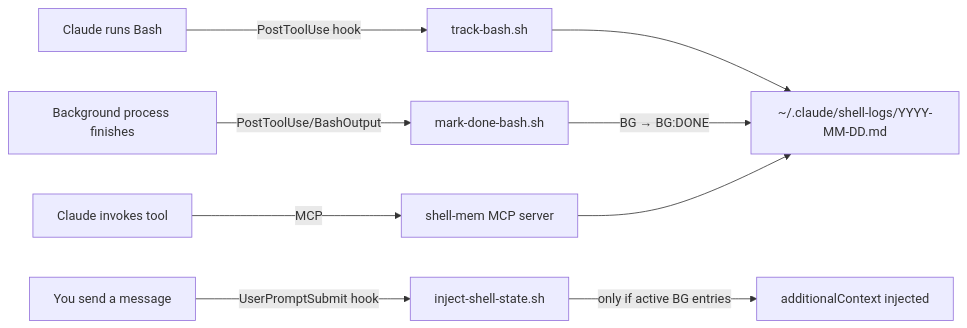
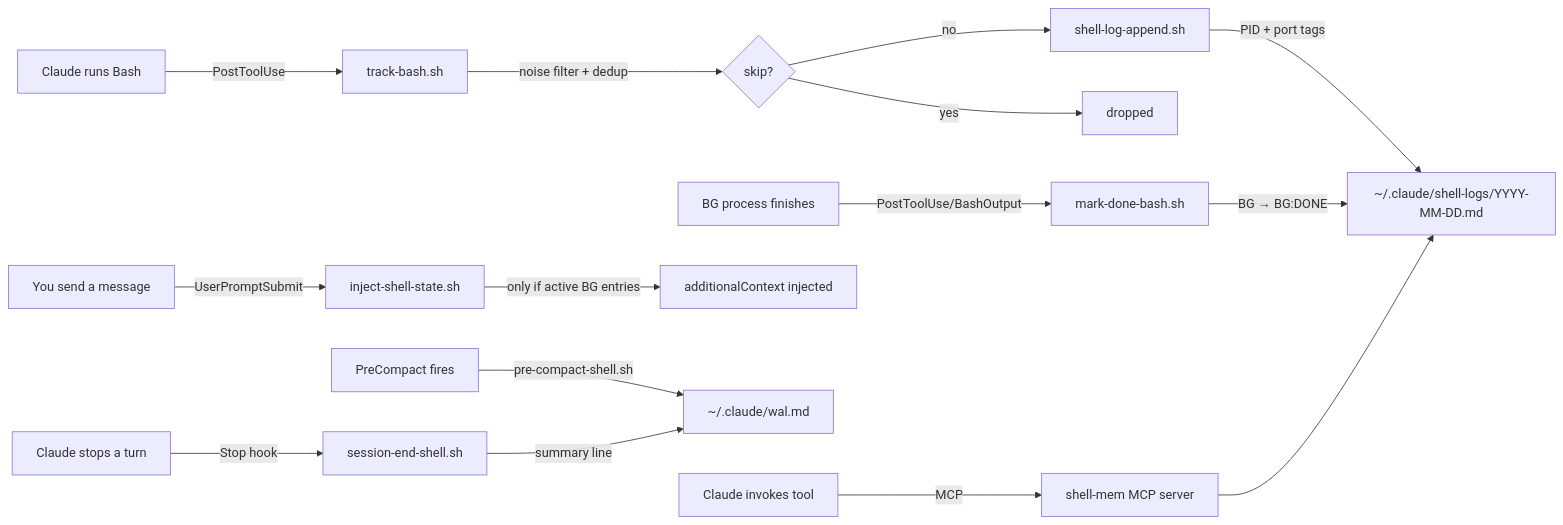
The diagram in README.md (alcatraz627/diy-claude-mem), drawn with Mermaid before and after one commit. The commit also changed other lines of this file and 7 other files, not shown here.

First line of the commit message:
feat: Phase 2 — noise filter, dedup, PID/port capture, WAL integration

````diff
--- a/README.md
+++ b/README.md
@@ -9,11 +114,17 @@
 ```mermaid
 graph LR
-    A[Claude runs Bash] -->|PostToolUse hook| B[track-bash.sh]
-    B --> C[~/.claude/shell-logs/YYYY-MM-DD.md]
-    D[Background process finishes] -->|PostToolUse/BashOutput| E[mark-done-bash.sh]
-    E -->|BG → BG:DONE| C
-    F[You send a message] -->|UserPromptSubmit hook| G[inject-shell-state.sh]
-    G -->|only if active BG entries| H[additionalContext injected]
-    I[Claude invokes tool] -->|MCP| J[shell-mem MCP server]
-    J --> C
+    A[Claude runs Bash] -->|PostToolUse| B[track-bash.sh]
+    B -->|noise filter + dedup| C{skip?}
+    C -->|no| D[shell-log-append.sh]
+    C -->|yes| Z[dropped]
+    D -->|PID + port tags| E[~/.claude/shell-logs/YYYY-MM-DD.md]
+    F[BG process finishes] -->|PostToolUse/BashOutput| G[mark-done-bash.sh]
+    G -->|BG → BG:DONE| E
+    H[You send a message] -->|UserPromptSubmit| I[inject-shell-state.sh]
+    I -->|only if active BG entries| J[additionalContext injected]
+    K[PreCompact fires] -->|pre-compact-shell.sh| L[~/.claude/wal.md]
+    M[Claude stops a turn] -->|Stop hook| N[session-end-shell.sh]
+    N -->|summary line| L
+    O[Claude invokes tool] -->|MCP| P[shell-mem MCP server]
+    P --> E
 ```
````
